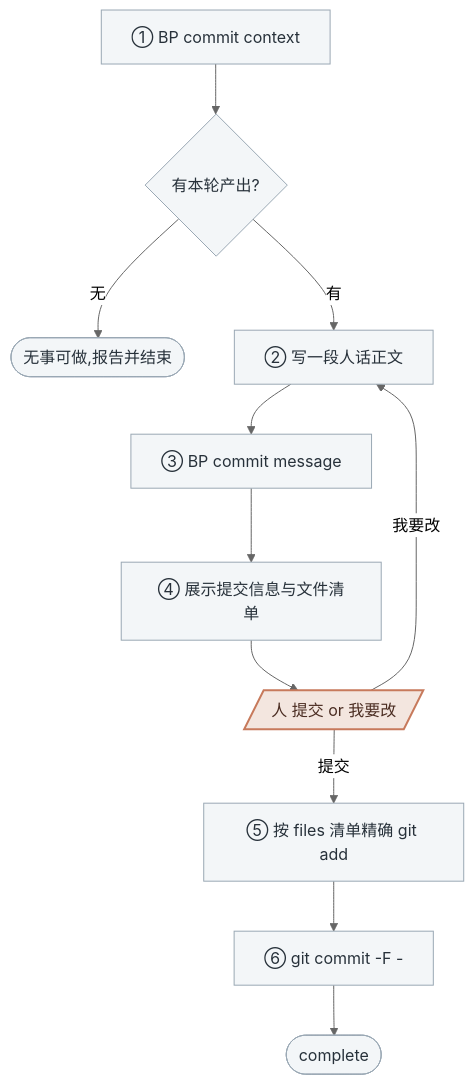
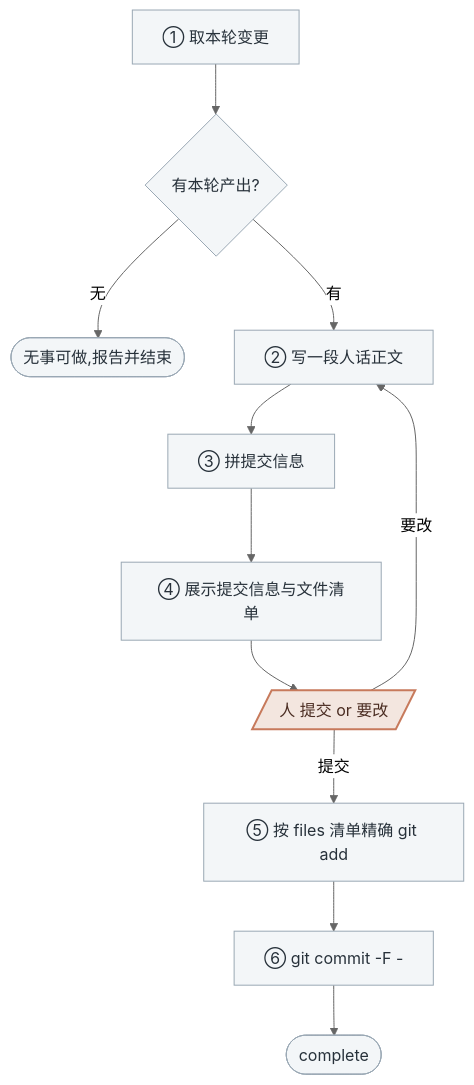
Before and after one commit to chxt100016/blueprint: the diagram in skills/blueprint/assets/skills/commit.md, drawn with Mermaid (neutral theme). The commit also changed other lines of this file and 45 other files, not shown here.

````diff
--- a/skills/blueprint/assets/skills/commit.md
+++ b/skills/blueprint/assets/skills/commit.md
@@ -36,17 +38,17 @@
 ```mermaid
 flowchart TD
-    A[① BP commit context] --> B{有本轮产出?}
+    A[① 取本轮变更] --> B{有本轮产出?}
     B -->|无| C([无事可做,报告并结束])
     B -->|有| D[② 写一段人话正文]
-    D --> E[③ BP commit message]
+    D --> E[③ 拼提交信息]
     E --> F[④ 展示提交信息与文件清单]
-    F --> P1[/人 提交 or 我要改/]
-    P1 -->|我要改| D
+    F --> P1[/人 提交 or 要改/]
+    P1 -->|要改| D
     P1 -->|提交| G[⑤ 按 files 清单精确 git add]
     G --> H[⑥ git commit -F -]
     H --> I([complete])
 
     classDef default fill:#f3f6f8,stroke:#9aa8b4,color:#27313a
     classDef human fill:#f3e6df,stroke:#c77a5c,color:#4a2c21,stroke-width:2px
     class P1 human
 ```
````
